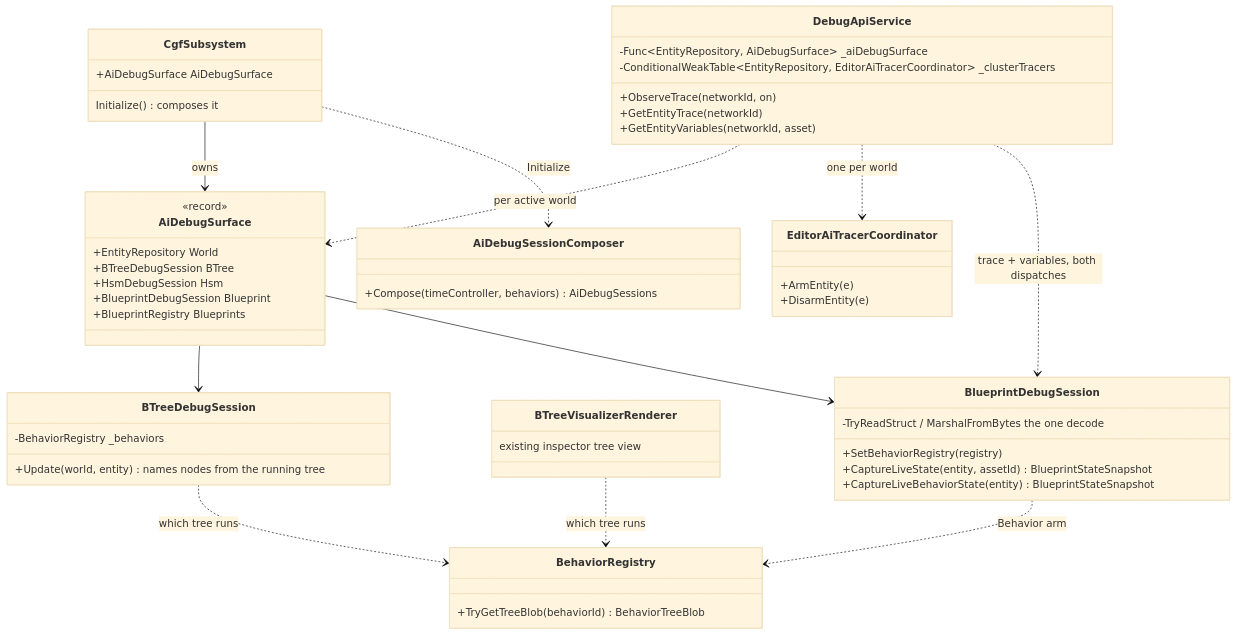
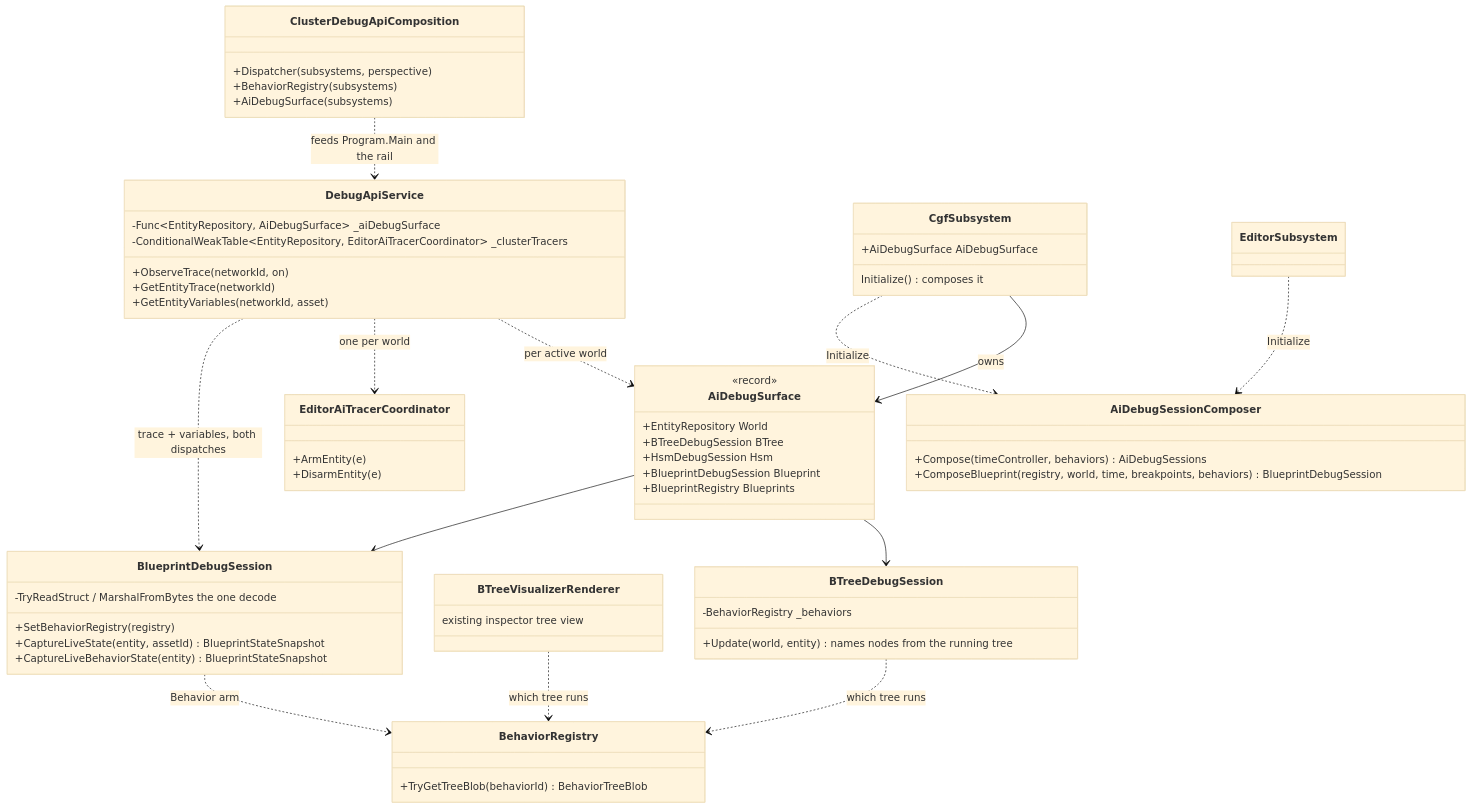
One commit to pjanec/HROT changed the first of 3 diagrams in docs/blueprints/DESIGN_Cluster_Ai_Debug_Surface.md. Above: the diagram before and after it, drawn with Mermaid (base theme). The commit also changed other lines of this file and 11 other files, not shown here.

````diff
--- a/docs/blueprints/DESIGN_Cluster_Ai_Debug_Surface.md
+++ b/docs/blueprints/DESIGN_Cluster_Ai_Debug_Surface.md
@@ -73,55 +73,64 @@
 ```mermaid
 classDiagram
     class DebugApiService {
         -Func~EntityRepository, AiDebugSurface~ _aiDebugSurface
         -ConditionalWeakTable~EntityRepository, EditorAiTracerCoordinator~ _clusterTracers
         +ObserveTrace(networkId, on)
         +GetEntityTrace(networkId)
         +GetEntityVariables(networkId, asset)
     }
     class AiDebugSurface {
         <<record>>
         +EntityRepository World
         +BTreeDebugSession BTree
         +HsmDebugSession Hsm
         +BlueprintDebugSession Blueprint
         +BlueprintRegistry Blueprints
     }
     class BTreeDebugSession {
         -BehaviorRegistry _behaviors
         +Update(world, entity) names nodes from the running tree
     }
     class BehaviorRegistry {
         +TryGetTreeBlob(behaviorId) BehaviorTreeBlob
     }
     class BTreeVisualizerRenderer {
         existing inspector tree view
     }
     class BlueprintDebugSession {
         +SetBehaviorRegistry(registry)
         +CaptureLiveState(entity, assetId) BlueprintStateSnapshot
         +CaptureLiveBehaviorState(entity) BlueprintStateSnapshot
         -TryReadStruct / MarshalFromBytes  the one decode
     }
     class CgfSubsystem {
         +AiDebugSurface AiDebugSurface
         Initialize() composes it
     }
     class AiDebugSessionComposer {
         +Compose(timeController, behaviors) AiDebugSessions
+        +ComposeBlueprint(registry, world, time, breakpoints, behaviors) BlueprintDebugSession
     }
+    class ClusterDebugApiComposition {
+        +Dispatcher(subsystems, perspective)
+        +BehaviorRegistry(subsystems)
+        +AiDebugSurface(subsystems)
+    }
+    class EditorSubsystem
     class EditorAiTracerCoordinator {
         +ArmEntity(e)
         +DisarmEntity(e)
     }
     DebugApiService ..> AiDebugSurface : per active world
     DebugApiService ..> EditorAiTracerCoordinator : one per world
     DebugApiService ..> BlueprintDebugSession : trace + variables, both dispatches
     CgfSubsystem --> AiDebugSurface : owns
     CgfSubsystem ..> AiDebugSessionComposer : Initialize
+    EditorSubsystem ..> AiDebugSessionComposer : Initialize
+    ClusterDebugApiComposition ..> DebugApiService : feeds Program.Main and the rail
     AiDebugSurface --> BTreeDebugSession
     AiDebugSurface --> BlueprintDebugSession
     BTreeDebugSession ..> BehaviorRegistry : which tree runs
     BTreeVisualizerRenderer ..> BehaviorRegistry : which tree runs
     BlueprintDebugSession ..> BehaviorRegistry : Behavior arm
 ```
````
